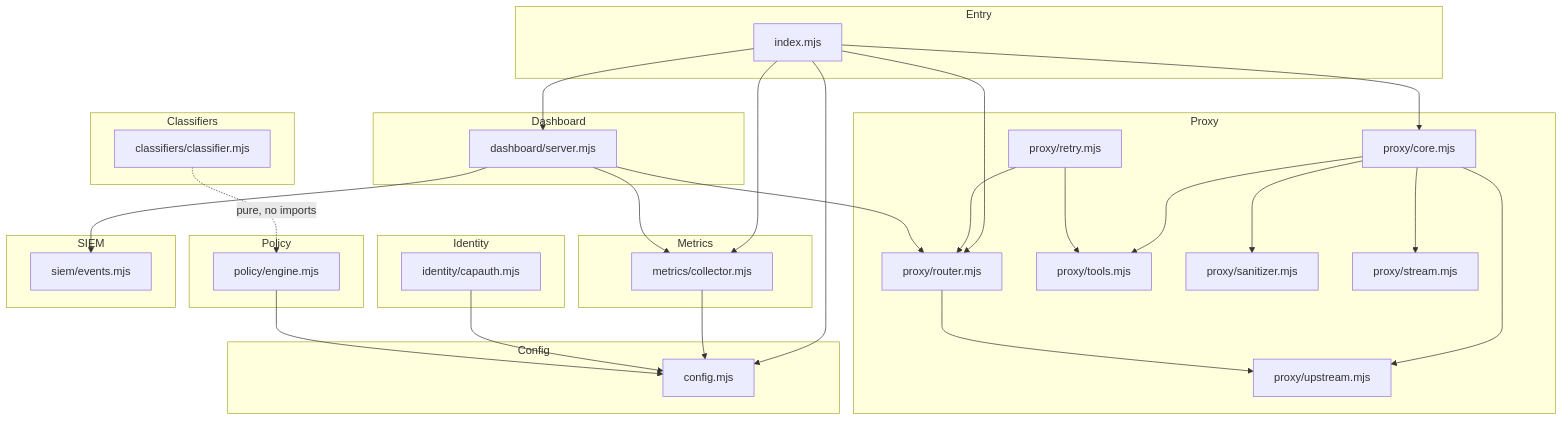
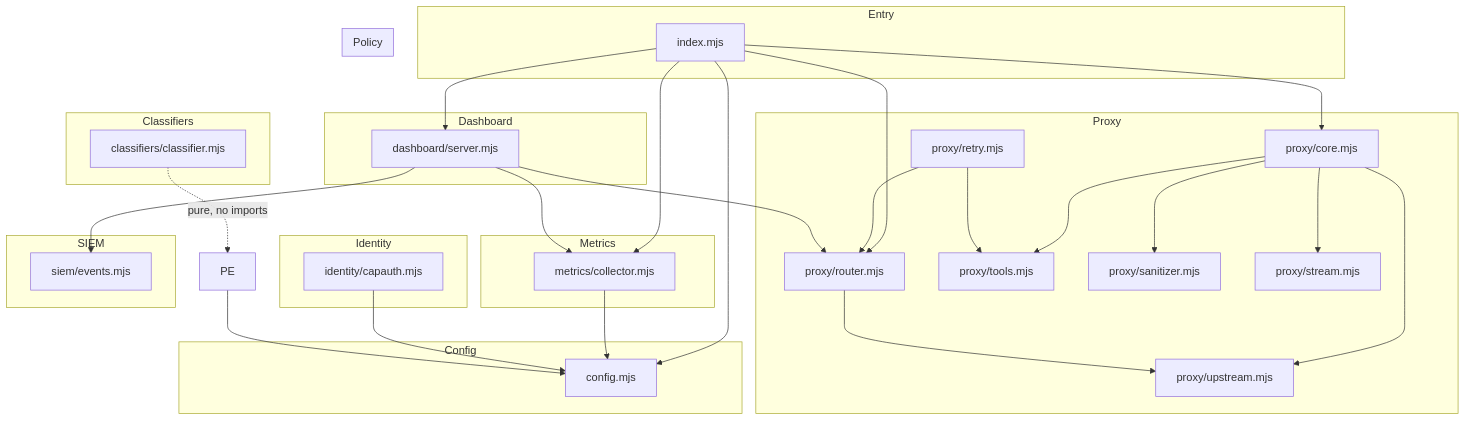
The diagram in docs/DEVELOPER.md (smilinTux/skgateway), drawn with Mermaid before and after one commit. The commit also changed other lines of this file and 4 other files, not shown here.

First line of the commit message:
chore: delete the policy engine and rate limiter, neither is wired

````diff
--- a/docs/DEVELOPER.md
+++ b/docs/DEVELOPER.md
@@ -59,70 +58,69 @@
 ```mermaid
 graph TD
     subgraph Entry
         IDX[index.mjs]
     end
 
     subgraph Config
         CFG[config.mjs]
     end
 
     subgraph Proxy
         CORE[proxy/core.mjs]
         ROUTER[proxy/router.mjs]
         TOOLS[proxy/tools.mjs]
         SAN[proxy/sanitizer.mjs]
         RETRY[proxy/retry.mjs]
         STREAM[proxy/stream.mjs]
         UP[proxy/upstream.mjs]
     end
 
     subgraph Identity
         CA[identity/capauth.mjs]
     end
 
     subgraph Policy
-        PE[policy/engine.mjs]
     end
 
     subgraph Classifiers
         CL[classifiers/classifier.mjs]
     end
 
     subgraph Metrics
         MC[metrics/collector.mjs]
     end
 
     subgraph SIEM
         EV[siem/events.mjs]
     end
 
     subgraph Dashboard
         DS[dashboard/server.mjs]
     end
 
     IDX --> CFG
     IDX --> CORE
     IDX --> ROUTER
     IDX --> MC
     IDX --> DS
 
     CORE --> TOOLS
     CORE --> SAN
     CORE --> UP
     CORE --> STREAM
 
     ROUTER --> UP
 
     RETRY --> TOOLS
     RETRY --> ROUTER
 
     MC --> CFG
 
     DS --> MC
     DS --> ROUTER
     DS --> EV
 
     CA --> CFG
     PE --> CFG
     CL -.->|pure, no imports| PE
 ```
````
